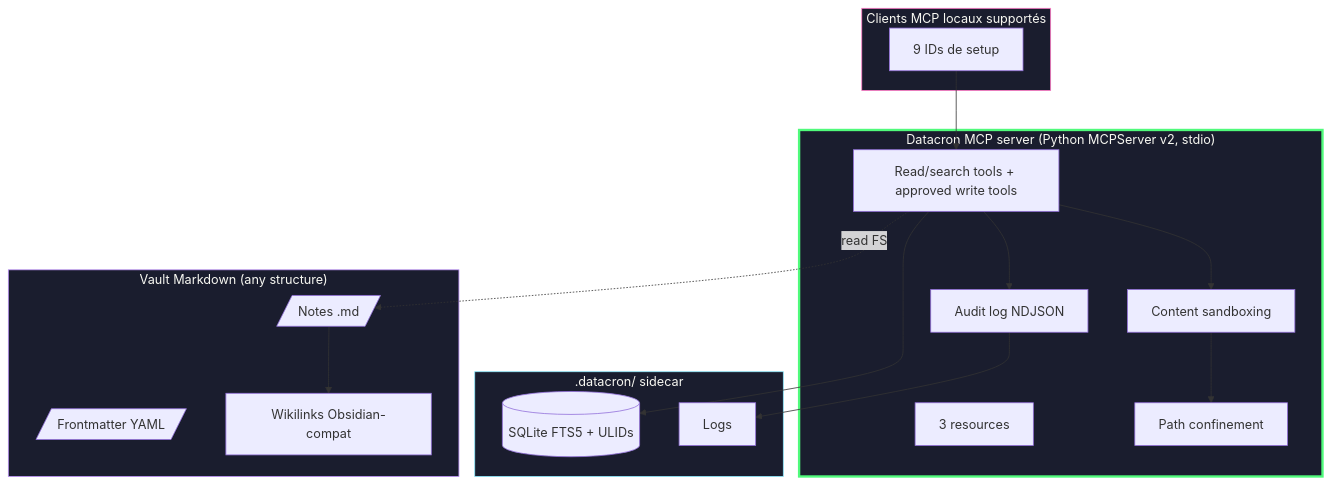
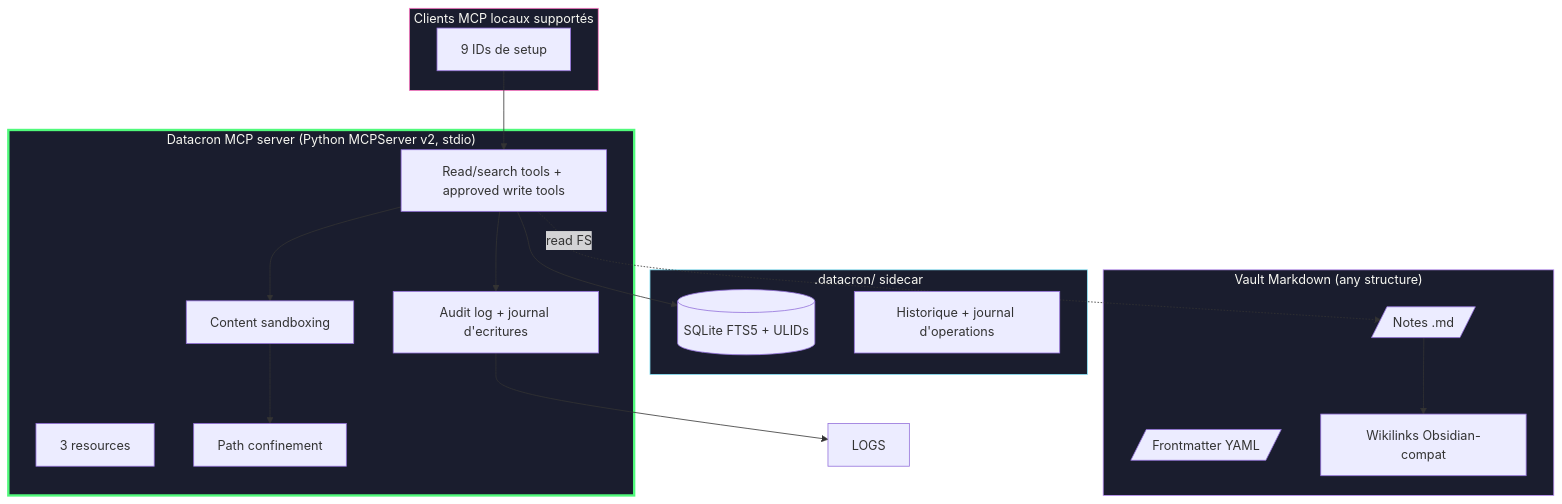
The first of 2 diagrams in docs/fr/architecture.md (VBlackJack/Datacron), drawn with Mermaid before and after one commit. The commit also changed other lines of this file and 14 other files, not shown here.

````diff
--- a/docs/fr/architecture.md
+++ b/docs/fr/architecture.md
@@ -95,37 +97,37 @@
 ```mermaid
 flowchart TB
     subgraph CLIENTS["Clients MCP locaux supportés"]
         CLIENT[9 IDs de setup]
     end
 
     subgraph SERVER["Datacron MCP server (Python MCPServer v2, stdio)"]
         TOOLS[Read/search tools + approved write tools]
         RES[3 resources]
         SBX[Content sandboxing]
         CONF[Path confinement]
-        AUD[Audit log NDJSON]
+        AUD[Audit log + journal d'ecritures]
     end
 
     subgraph SIDE[".datacron/ sidecar"]
         DB[(SQLite FTS5 + ULIDs)]
-        LOGS[Logs]
+        HIST[Historique + journal d'operations]
     end
 
     subgraph VAULT["Vault Markdown (any structure)"]
         NOTES[/Notes .md/]
         FM[/Frontmatter YAML/]
         WL[Wikilinks Obsidian-compat]
     end
 
     CLIENT --> TOOLS
     TOOLS --> SBX --> CONF
     TOOLS --> DB
     TOOLS -.read FS.-> NOTES
     NOTES --> WL
     TOOLS --> AUD --> LOGS
 
     style SERVER fill:#1a1d2e,stroke:#50fa7b,color:#f8f8f2,stroke-width:3px
     style VAULT fill:#1a1d2e,stroke:#bd93f9,color:#f8f8f2
     style SIDE fill:#1a1d2e,stroke:#8be9fd,color:#f8f8f2
     style CLIENTS fill:#1a1d2e,stroke:#ff79c6,color:#f8f8f2
 ```
````
